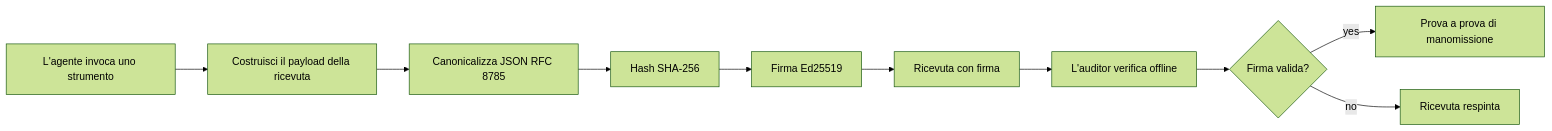
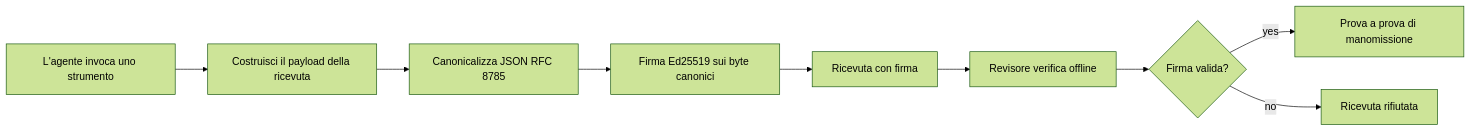
The first of 2 diagrams in mirrors/repos/microsoft@ai-agents-for-beginners/translations/it/18-securing-ai-agents/README.md (gabrielmoreira/agent-skills-mirror), drawn with Mermaid (forest theme) before and after one commit. The commit also changed other lines of this file and 4262 other files, not shown here.

````diff
--- a/mirrors/repos/microsoft@ai-agents-for-beginners/translations/it/18-securing-ai-agents/README.md
+++ b/mirrors/repos/microsoft@ai-agents-for-beginners/translations/it/18-securing-ai-agents/README.md
@@ -51,12 +51,11 @@
 ```mermaid
 flowchart LR
     A[L'agente invoca uno strumento] --> B[Costruisci il payload della ricevuta]
     B --> C[Canonicalizza JSON RFC 8785]
-    C --> D[Hash SHA-256]
-    D --> E[Firma Ed25519]
+    C --> E[Firma Ed25519 sui byte canonici]
     E --> F[Ricevuta con firma]
-    F --> G[L'auditor verifica offline]
+    F --> G[Revisore verifica offline]
     G --> H{Firma valida?}
     H -- yes --> I[Prova a prova di manomissione]
-    H -- no --> J[Ricevuta respinta]
+    H -- no --> J[Ricevuta rifiutata]
 ```
````
